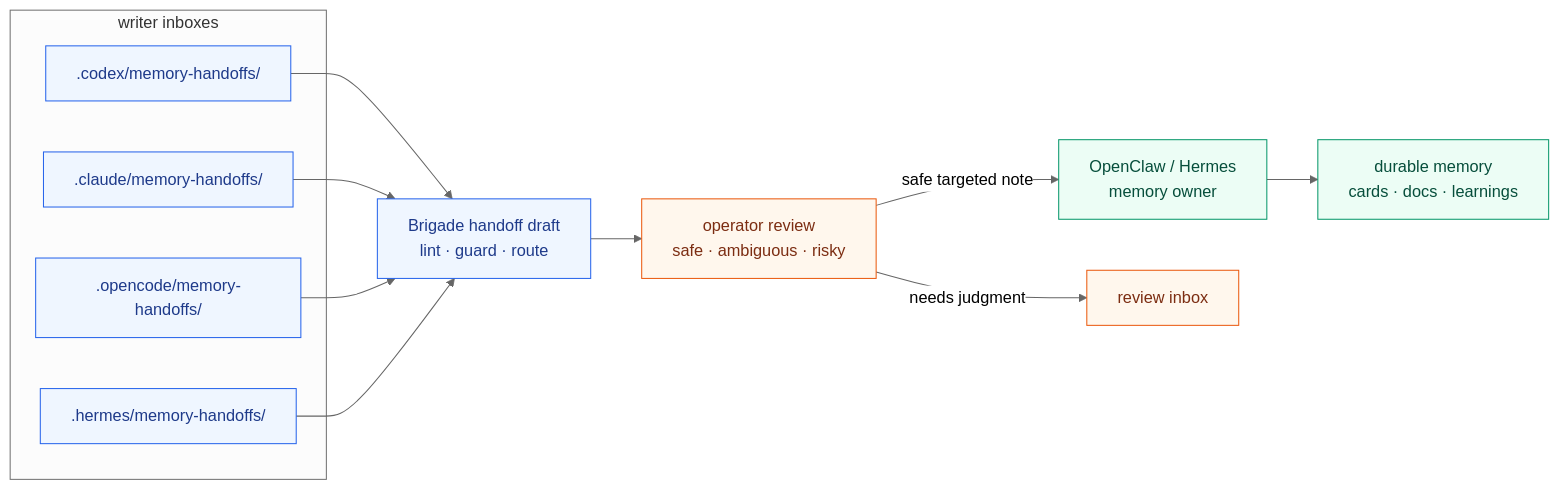
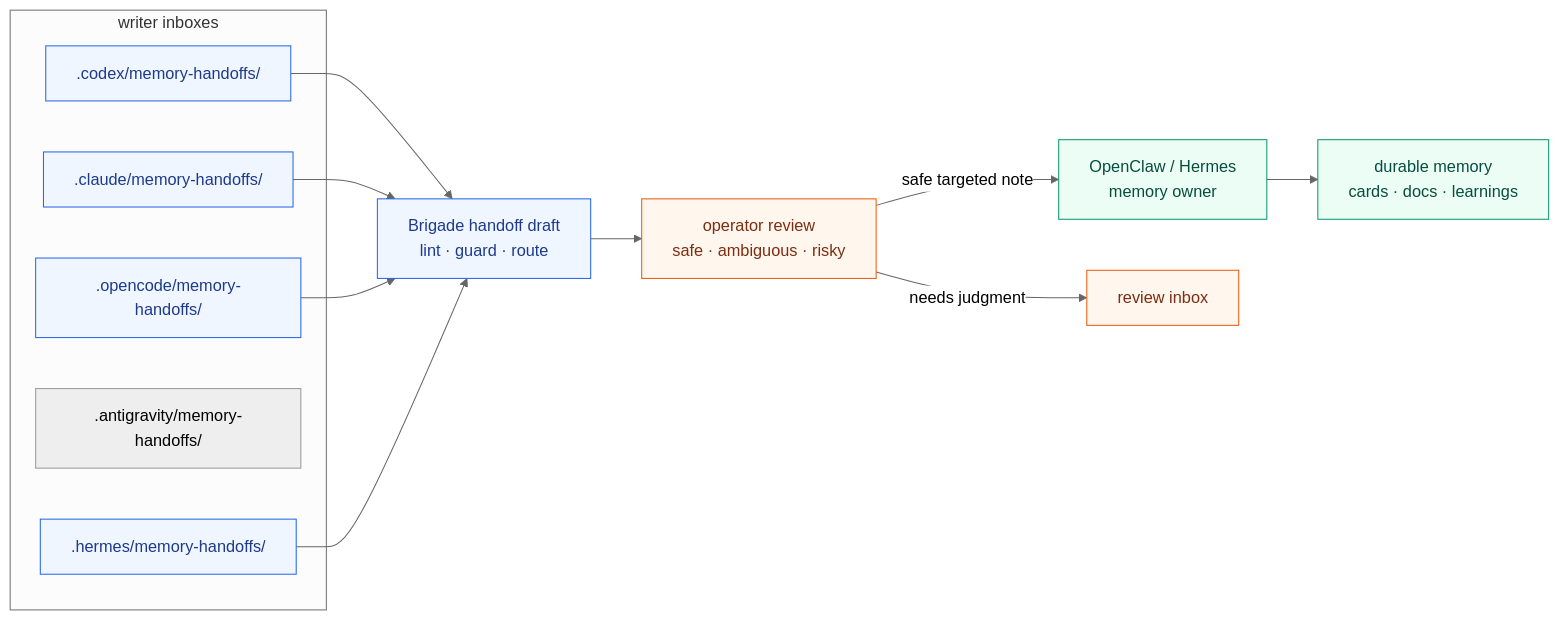
The second of 13 diagrams in README.md (escoffier-labs/brigade), drawn with Mermaid (neutral theme) before and after one commit. The commit also changed other lines of this file, not shown here.

````diff
--- a/README.md
+++ b/README.md
@@ -216,25 +219,26 @@
 ```mermaid
 flowchart LR
     subgraph WRITERS [" writer inboxes "]
         C[".codex/memory-handoffs/"]
         CL[".claude/memory-handoffs/"]
         O[".opencode/memory-handoffs/"]
+        A[".antigravity/memory-handoffs/"]
         H[".hermes/memory-handoffs/"]
     end
 
     DRAFT["Brigade handoff draft<br/>lint · guard · route"]
     REVIEW["operator review<br/>safe · ambiguous · risky"]
     OWNER["OpenClaw / Hermes<br/>memory owner"]
     MEM["durable memory<br/>cards · docs · learnings"]
 
     C & CL & O & H --> DRAFT --> REVIEW
     REVIEW -->|safe targeted note| OWNER --> MEM
     REVIEW -->|needs judgment| INBOX["review inbox"]
 
     classDef local fill:#eff6ff,stroke:#2563eb,color:#1e3a8a;
     classDef review fill:#fff7ed,stroke:#ea580c,color:#7c2d12;
     classDef memory fill:#ecfdf5,stroke:#059669,color:#064e3b;
     class C,CL,O,H,DRAFT local;
     class REVIEW,INBOX review;
     class OWNER,MEM memory;
 ```
````
